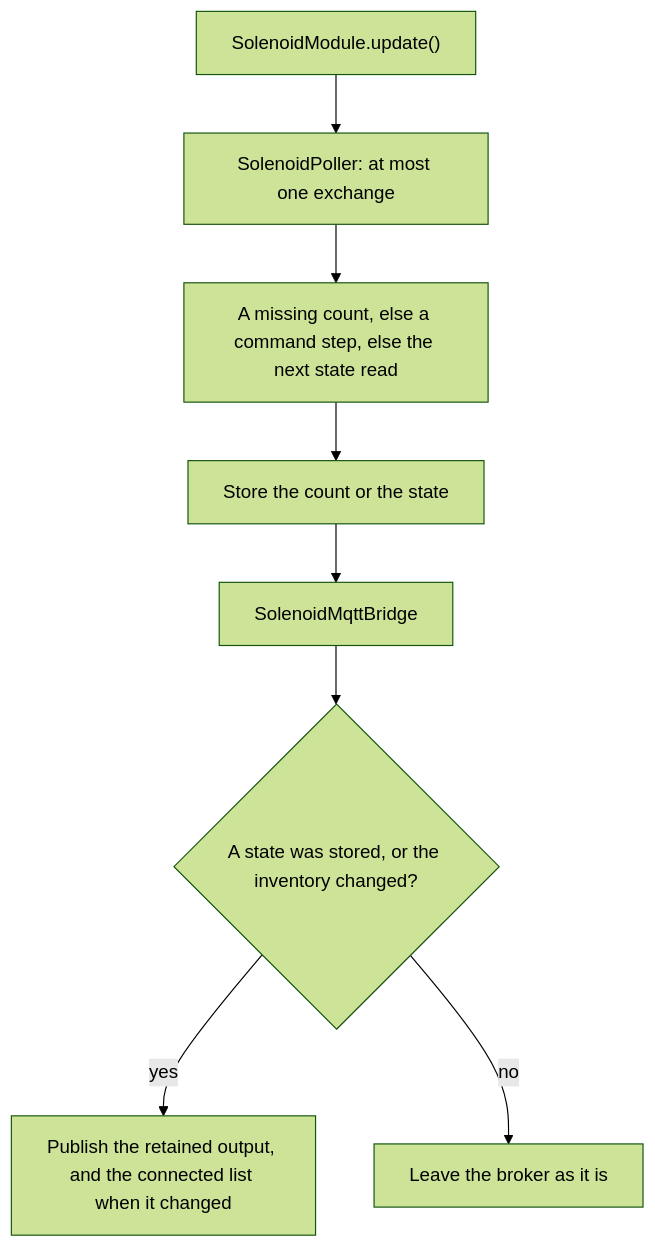
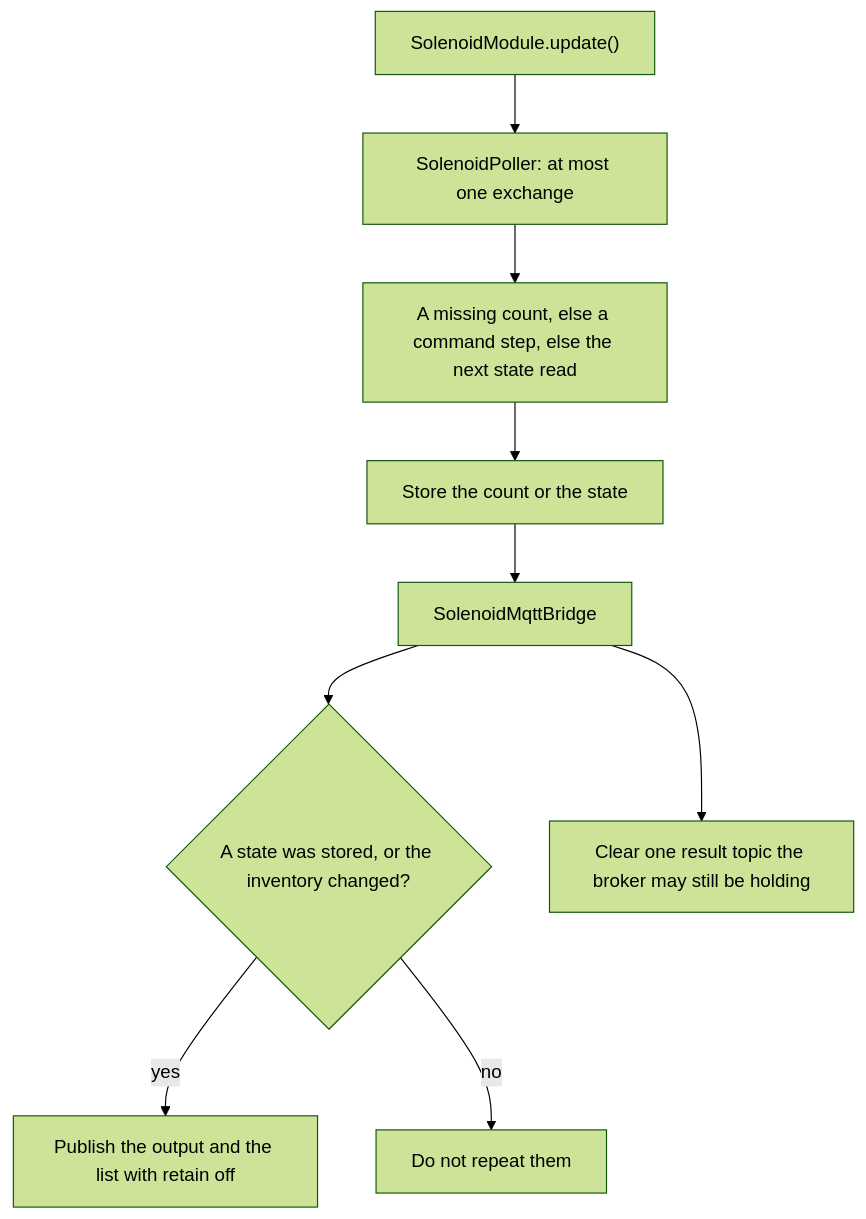
Before and after one commit to WiddleWabbit/MQTT-ModularControllerBoard: the diagram in Firmware/docs/solenoid-module.md, drawn with Mermaid (forest theme). The commit also changed other lines of this file and 22 other files, not shown here.

Commit message:
Disabled retain on MQTT messages besides the slot status messages

````diff
--- a/Firmware/docs/solenoid-module.md
+++ b/Firmware/docs/solenoid-module.md
@@ -28,10 +28,11 @@
 ```mermaid
 flowchart TD
   upd["SolenoidModule.update()"] --> poll["SolenoidPoller: at most one exchange"]
   poll --> order["A missing count, else a command step, else the next state read"]
   order --> mem["Store the count or the state"]
   mem --> bridge["SolenoidMqttBridge"]
   bridge --> pub{"A state was stored, or the inventory changed?"}
-  pub -->|yes| mqtt["Publish the retained output, and the connected list when it changed"]
-  pub -->|no| quiet["Leave the broker as it is"]
+  pub -->|yes| mqtt["Publish the output and the list with retain off"]
+  pub -->|no| quiet["Do not repeat them"]
+  bridge --> clear["Clear one result topic the broker may still be holding"]
 ```
````
